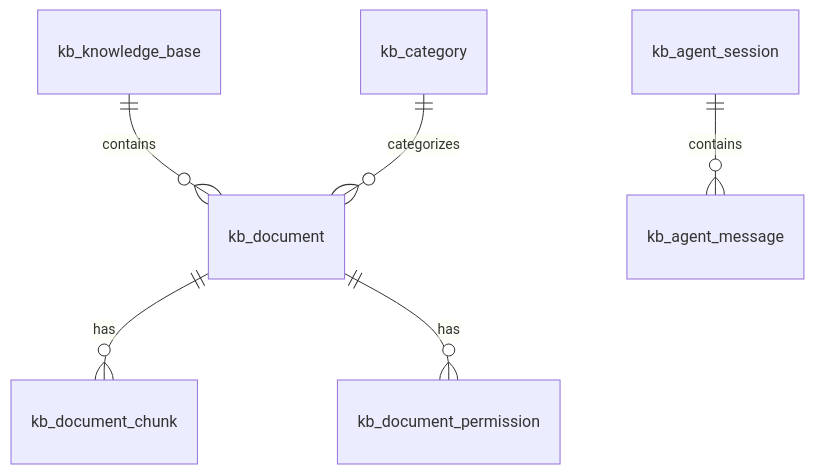
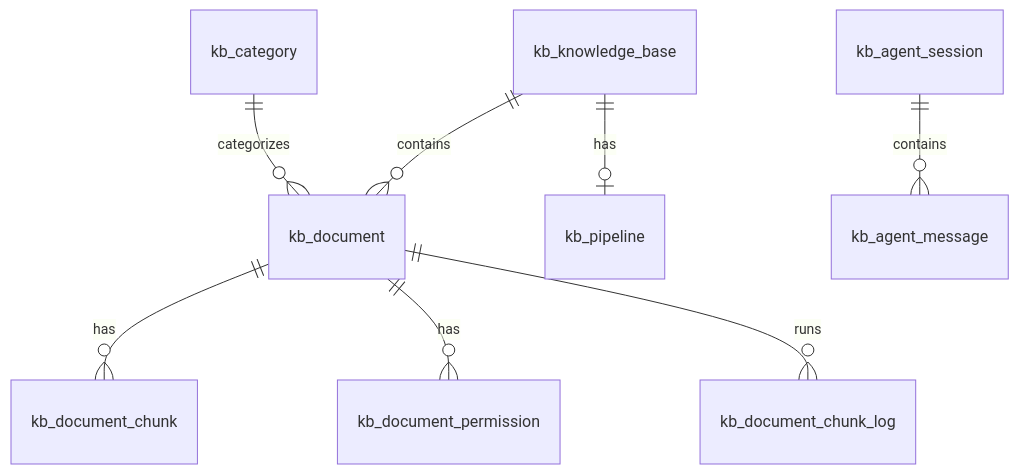
One commit to ZjlShenshiqing/EnterpriseKnowledgeWorkspace changed diagram 15 of 15 in docs/knowledge-service-code-analysis.md. Above: the diagram before and after it, drawn with Mermaid. The commit also changed other lines of this file and 452 other files, not shown here.

````diff
--- a/docs/knowledge-service-code-analysis.md
+++ b/docs/knowledge-service-code-analysis.md
@@ -1502,8 +1670,10 @@
 ```mermaid
 erDiagram
     kb_knowledge_base ||--o{ kb_document : contains
     kb_category ||--o{ kb_document : categorizes
     kb_document ||--o{ kb_document_chunk : has
     kb_document ||--o{ kb_document_permission : has
+    kb_knowledge_base ||--o| kb_pipeline : has
+    kb_document ||--o{ kb_document_chunk_log : runs
     kb_agent_session ||--o{ kb_agent_message : contains
 ```
````
